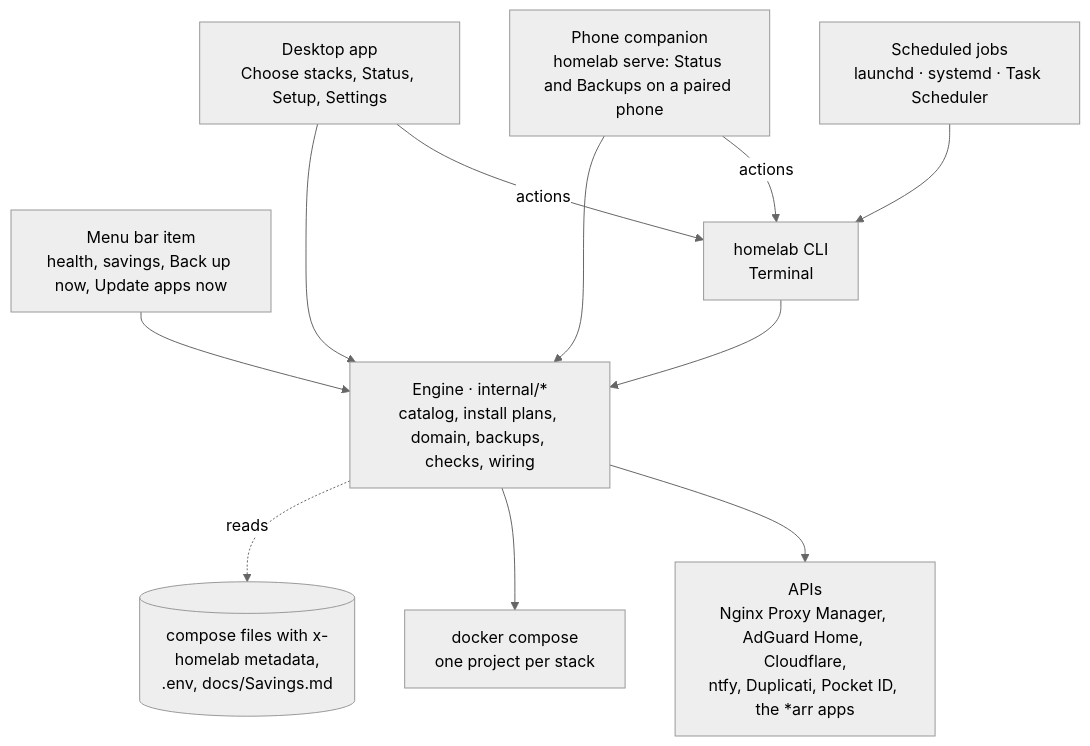
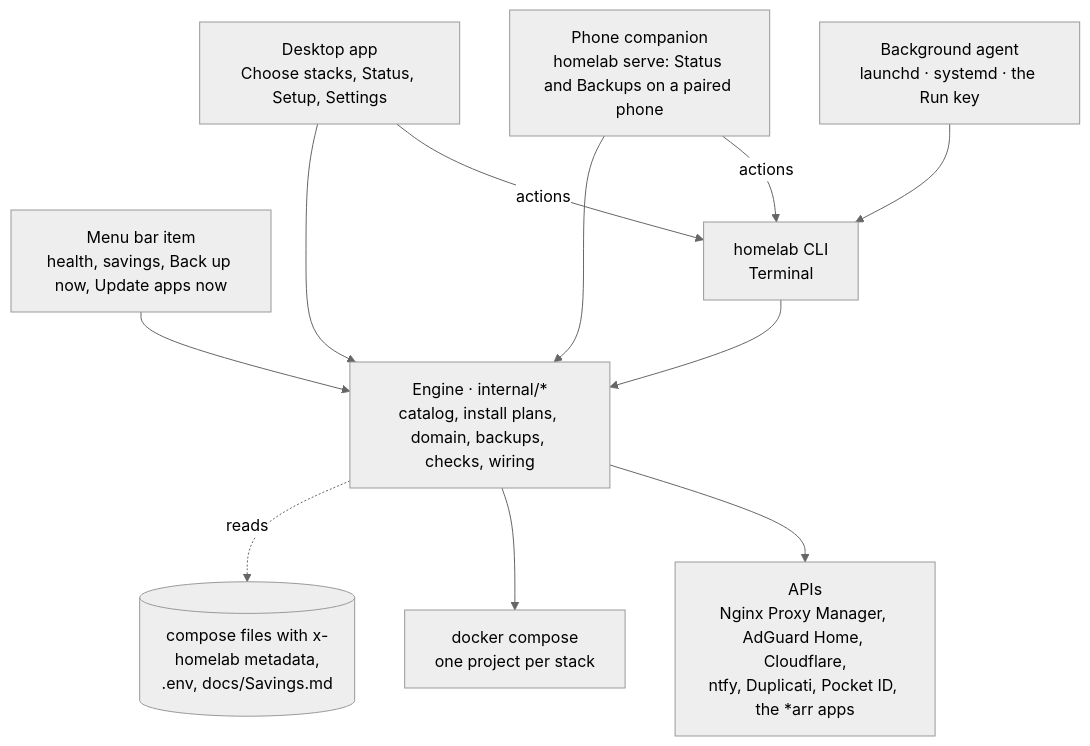
The second of 2 diagrams in docs/Architecture.md (Snooper42/homelab-wizard), drawn with Mermaid (neutral theme) before and after one commit. The commit also changed other lines of this file and 104 other files, not shown here.

````diff
--- a/docs/Architecture.md
+++ b/docs/Architecture.md
@@ -85,22 +91,22 @@
 ```mermaid
 flowchart TB
   app[Desktop app<br/>Choose stacks, Status, Setup, Settings]
   tray[Menu bar item<br/>health, savings, Back up now, Update apps now]
   phone[Phone companion<br/>homelab serve: Status and Backups on a paired phone]
   cli[homelab CLI<br/>Terminal]
-  jobs[Scheduled jobs<br/>launchd · systemd · Task Scheduler]
+  jobs[Background agent<br/>launchd · systemd · the Run key]
   engine[Engine · internal/*<br/>catalog, install plans, domain, backups, checks, wiring]
   files[(compose files with x-homelab metadata,<br/>.env, docs/Savings.md)]
   compose[docker compose<br/>one project per stack]
   apis["APIs<br/>Nginx Proxy Manager, AdGuard Home, Cloudflare,<br/>ntfy, Duplicati, Pocket ID, the *arr apps"]
   app --> engine
   phone --> engine
   phone -- "actions" --> cli
   app -- "actions" --> cli
   tray --> engine
   jobs --> cli
   cli --> engine
   engine -. reads .-> files
   engine --> compose
   engine --> apis
 ```
````
